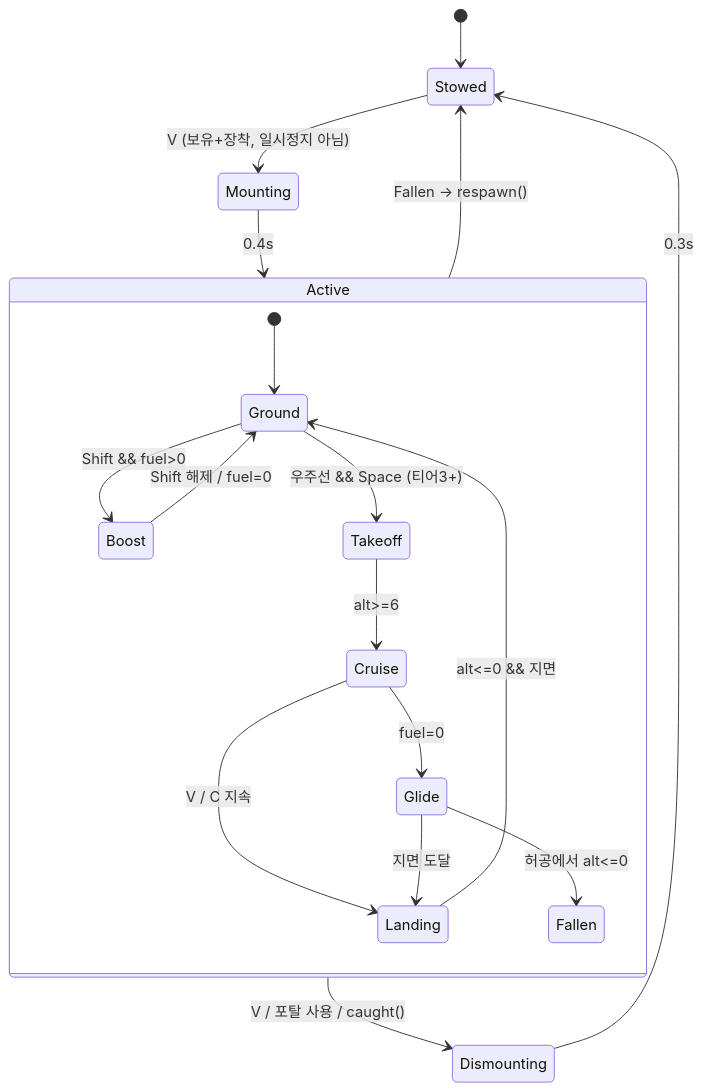
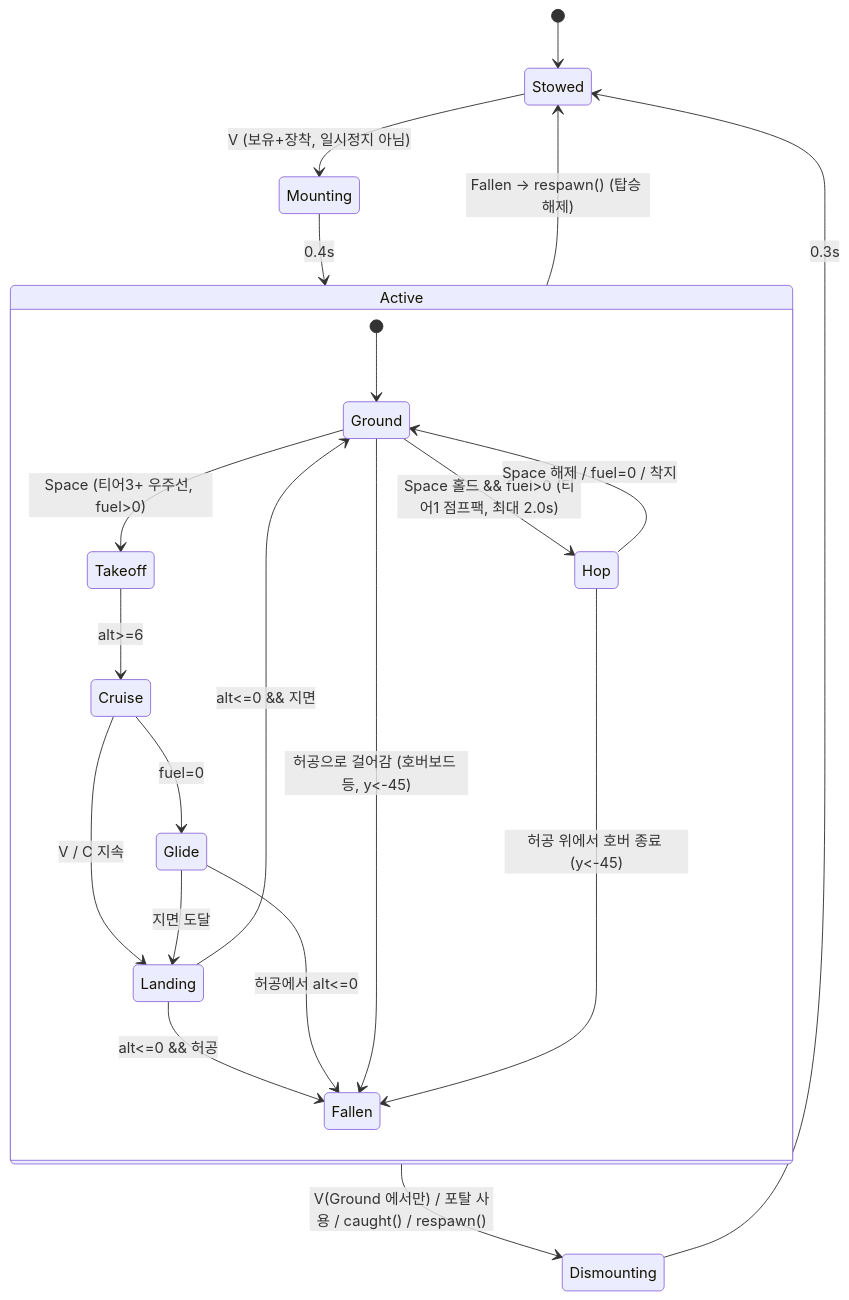
One commit to KusBeoms/science changed the first of 3 diagrams in docs/GAMEPLAY_SYSTEMS.md. Above: the diagram before and after it, drawn with Mermaid. The commit also changed other lines of this file and 4 other files, not shown here.

````diff
--- a/docs/GAMEPLAY_SYSTEMS.md
+++ b/docs/GAMEPLAY_SYSTEMS.md
@@ -183,21 +187,24 @@
 ```mermaid
 stateDiagram-v2
   [*] --> Stowed
   Stowed --> Mounting: V (보유+장착, 일시정지 아님)
   Mounting --> Active: 0.4s
-  Active --> Dismounting: V / 포탈 사용 / caught()
+  Active --> Dismounting: V(Ground 에서만) / 포탈 사용 / caught() / respawn()
   Dismounting --> Stowed: 0.3s
   state Active {
     [*] --> Ground
-    Ground --> Boost: Shift && fuel>0
-    Boost --> Ground: Shift 해제 / fuel=0
-    Ground --> Takeoff: 우주선 && Space (티어3+)
+    Ground --> Hop: Space 홀드 && fuel>0 (티어1 점프팩, 최대 2.0s)
+    Hop --> Ground: Space 해제 / fuel=0 / 착지
+    Ground --> Takeoff: Space (티어3+ 우주선, fuel>0)
     Takeoff --> Cruise: alt>=6
     Cruise --> Landing: V / C 지속
     Landing --> Ground: alt<=0 && 지면
+    Landing --> Fallen: alt<=0 && 허공
     Cruise --> Glide: fuel=0
     Glide --> Landing: 지면 도달
     Glide --> Fallen: 허공에서 alt<=0
+    Ground --> Fallen: 허공으로 걸어감 (호버보드 등, y<-45)
+    Hop --> Fallen: 허공 위에서 호버 종료 (y<-45)
   }
-  Active --> Stowed: Fallen → respawn()
+  Active --> Stowed: Fallen → respawn() (탑승 해제)
 ```
````
